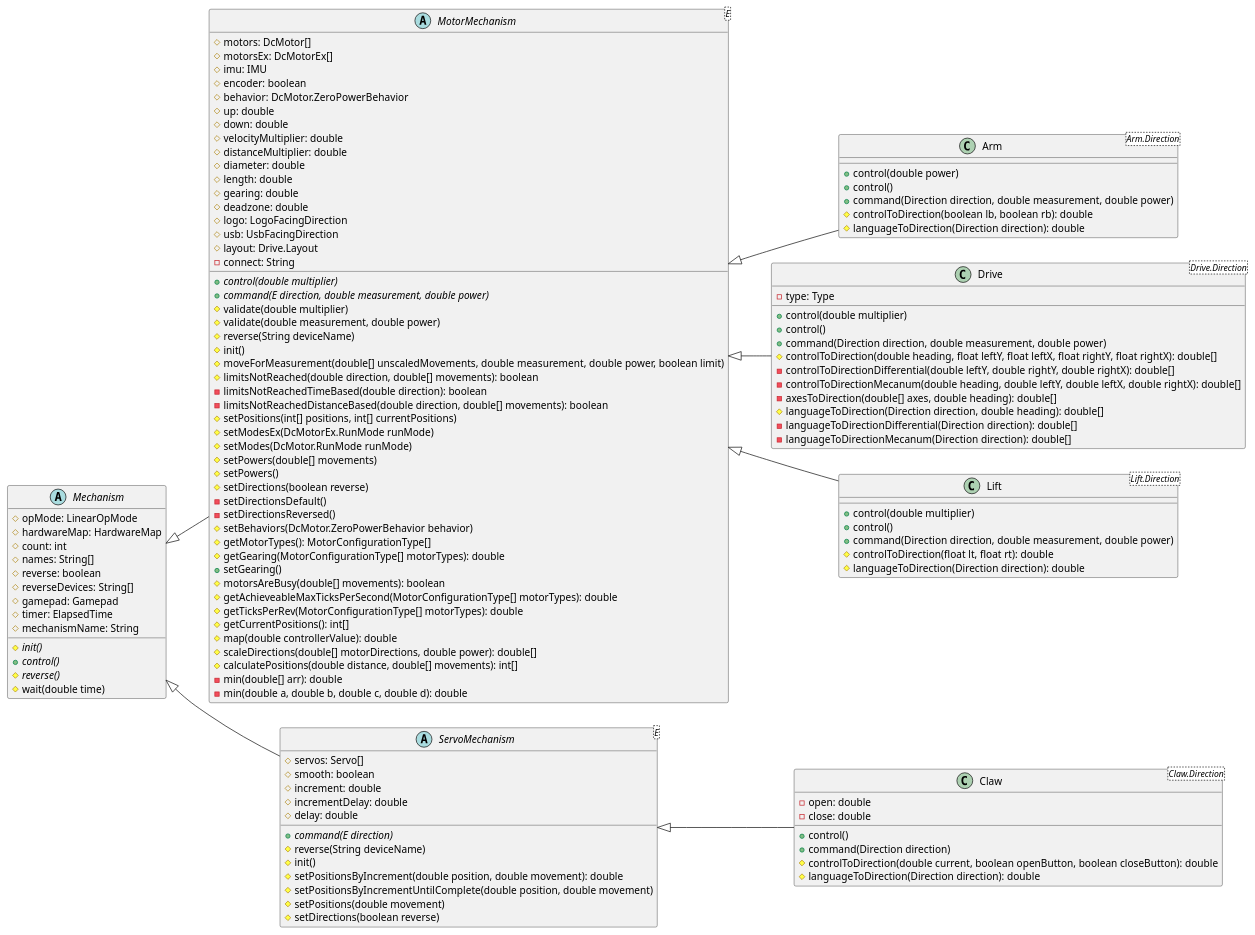
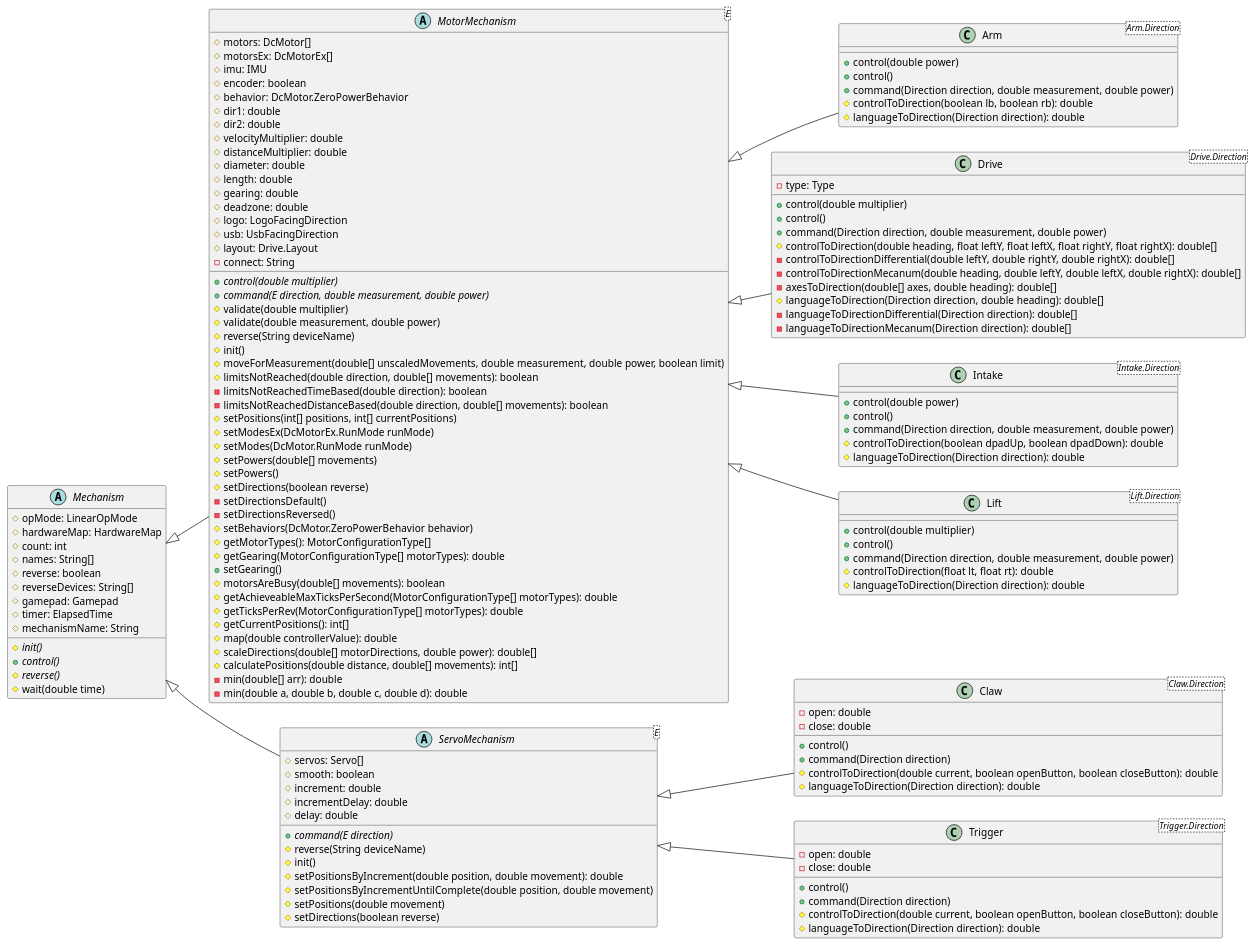
Before and after one commit to Collegiate-Edu-Nation/easy-ftc: the diagram in docs/uml/src/mechanism.puml, drawn with PlantUML. The commit also changed 4 other files, not shown here.

Commit message:
docs: add trigger, intake

```diff
--- a/docs/uml/src/mechanism.puml
+++ b/docs/uml/src/mechanism.puml
@@ -1,134 +1,153 @@
 @startuml
 
 left to right direction
 
 abstract class Mechanism {
     # opMode: LinearOpMode
     # hardwareMap: HardwareMap
     # count: int
     # names: String[]
     # reverse: boolean
     # reverseDevices: String[]
     # gamepad: Gamepad
     # timer: ElapsedTime
     # mechanismName: String
     {abstract}# init()
     {abstract}+ control()
     {abstract}# reverse()
     # wait(double time)
 }
 
 abstract class MotorMechanism<E> {
     # motors: DcMotor[] 
     # motorsEx: DcMotorEx[] 
     # imu: IMU
     # encoder: boolean
     # behavior: DcMotor.ZeroPowerBehavior
-    # up: double
-    # down: double
+    # dir1: double
+    # dir2: double
     # velocityMultiplier: double
     # distanceMultiplier: double
     # diameter: double
     # length: double
     # gearing: double
     # deadzone: double
     # logo: LogoFacingDirection
     # usb: UsbFacingDirection
     # layout: Drive.Layout
     - connect: String
     {abstract}+ control(double multiplier)
     {abstract}+ command(E direction, double measurement, double power)
     # validate(double multiplier)
     # validate(double measurement, double power)
     # reverse(String deviceName)
     # init()
     # moveForMeasurement(double[] unscaledMovements, double measurement, double power, boolean limit)
     # limitsNotReached(double direction, double[] movements): boolean
     - limitsNotReachedTimeBased(double direction): boolean
     - limitsNotReachedDistanceBased(double direction, double[] movements): boolean
     # setPositions(int[] positions, int[] currentPositions)
     # setModesEx(DcMotorEx.RunMode runMode)
     # setModes(DcMotor.RunMode runMode)
     # setPowers(double[] movements)
     # setPowers()
     # setDirections(boolean reverse)
     - setDirectionsDefault()
     - setDirectionsReversed()
     # setBehaviors(DcMotor.ZeroPowerBehavior behavior)
     # getMotorTypes(): MotorConfigurationType[]
     # getGearing(MotorConfigurationType[] motorTypes): double
     + setGearing()
     # motorsAreBusy(double[] movements): boolean
     # getAchieveableMaxTicksPerSecond(MotorConfigurationType[] motorTypes): double
     # getTicksPerRev(MotorConfigurationType[] motorTypes): double
     # getCurrentPositions(): int[]
     # map(double controllerValue): double
     # scaleDirections(double[] motorDirections, double power): double[]
     # calculatePositions(double distance, double[] movements): int[]
     - min(double[] arr): double
     - min(double a, double b, double c, double d): double
 }
 
 abstract class ServoMechanism<E> {
     # servos: Servo[]
     # smooth: boolean
     # increment: double
     # incrementDelay: double
     # delay: double
     {abstract}+ command(E direction)
     # reverse(String deviceName)
     # init()
     # setPositionsByIncrement(double position, double movement): double
     # setPositionsByIncrementUntilComplete(double position, double movement)
     # setPositions(double movement)
     # setDirections(boolean reverse)
 }
 
 class Arm<Arm.Direction> {
     + control(double power)
     + control()
     + command(Direction direction, double measurement, double power)
     # controlToDirection(boolean lb, boolean rb): double
     # languageToDirection(Direction direction): double
 }
 
 class Claw<Claw.Direction> {
     - open: double
     - close: double
     + control()
     + command(Direction direction)
     # controlToDirection(double current, boolean openButton, boolean closeButton): double
     # languageToDirection(Direction direction): double
 }
 
 class Drive<Drive.Direction> {
     - type: Type
     + control(double multiplier)
     + control()
     + command(Direction direction, double measurement, double power)
     # controlToDirection(double heading, float leftY, float leftX, float rightY, float rightX): double[]
     - controlToDirectionDifferential(double leftY, double rightY, double rightX): double[]
     - controlToDirectionMecanum(double heading, double leftY, double leftX, double rightX): double[]
     - axesToDirection(double[] axes, double heading): double[]
     # languageToDirection(Direction direction, double heading): double[]
     - languageToDirectionDifferential(Direction direction): double[]
     - languageToDirectionMecanum(Direction direction): double[]
 }
 
+class Intake<Intake.Direction> {
+    + control(double power)
+    + control()
+    + command(Direction direction, double measurement, double power)
+    # controlToDirection(boolean dpadUp, boolean dpadDown): double
+    # languageToDirection(Direction direction): double
+}
+
 class Lift<Lift.Direction> {
     + control(double multiplier)
     + control()
     + command(Direction direction, double measurement, double power)
     # controlToDirection(float lt, float rt): double
+    # languageToDirection(Direction direction): double
+}
+
+class Trigger<Trigger.Direction> {
+    - open: double
+    - close: double
+    + control()
+    + command(Direction direction)
+    # controlToDirection(double current, boolean openButton, boolean closeButton): double
     # languageToDirection(Direction direction): double
 }
 
 Mechanism <|-- MotorMechanism
 Mechanism <|-- ServoMechanism
 
 MotorMechanism <|-- Arm
 ServoMechanism <|-- Claw
 MotorMechanism <|-- Drive
+MotorMechanism <|-- Intake
 MotorMechanism <|-- Lift
+ServoMechanism <|-- Trigger
 
 @enduml
```
